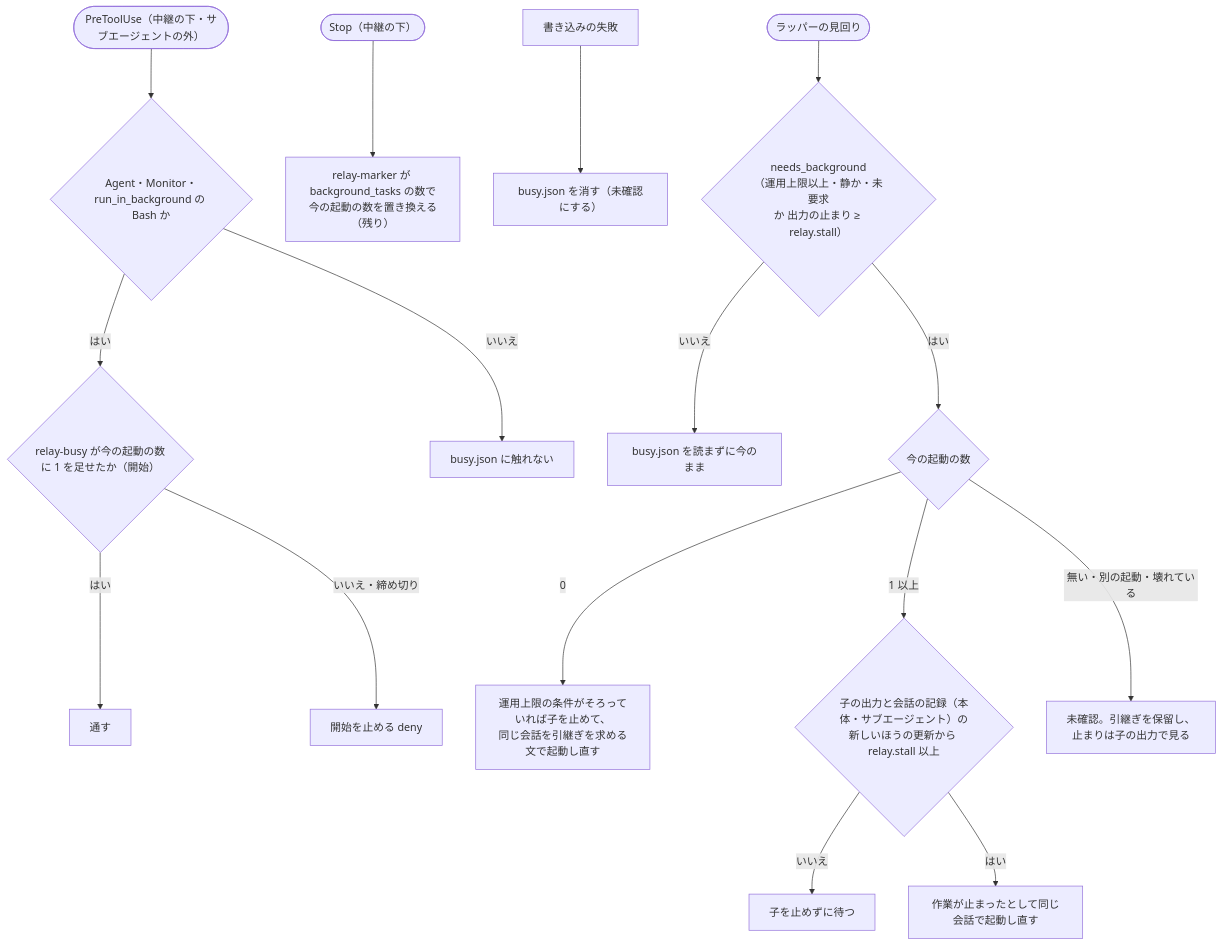
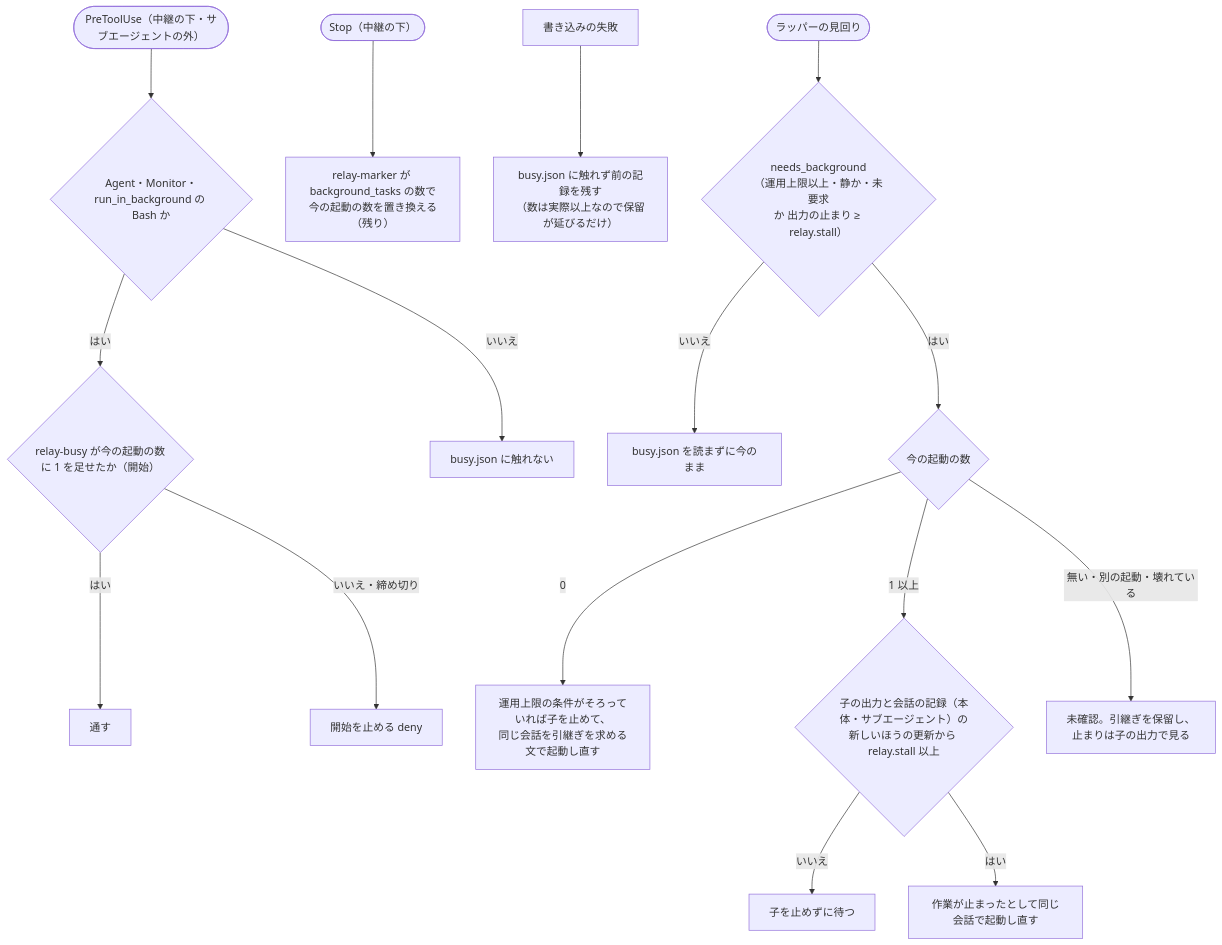
The fourth of 4 diagrams in issues/issue-3995-design.md (devbasex/ai-plugins), drawn with Mermaid before and after one commit. The commit also changed other lines of this file, not shown here.

Commit message:
Docs: 概要設計も busy.json の書き込みに失敗したらファイルを残し、開始の記録に失敗した呼び出しを止める形にそろえる（#3995 のクロスレビュー r5-6）

````diff
--- a/issues/issue-3995-design.md
+++ b/issues/issue-3995-design.md
@@ -120,18 +120,18 @@
 ```mermaid
 flowchart TD
   P([PreToolUse（中継の下・サブエージェントの外）]) --> P1{Agent・Monitor・<br>run_in_background の Bash か}
   P1 -- はい --> W0{relay-busy が今の起動の数に 1 を足せたか（開始）}
   W0 -- はい --> W0A[通す]
   W0 -- いいえ・締め切り --> W0B[開始を止める deny]
   P1 -- いいえ --> P2[busy.json に触れない]
   S([Stop（中継の下）]) --> W1[relay-marker が background_tasks の数で<br>今の起動の数を置き換える（残り）]
-  F[書き込みの失敗] --> W2[busy.json を消す（未確認にする）]
+  F[書き込みの失敗] --> W2[busy.json に触れず前の記録を残す<br>（数は実際以上なので保留が延びるだけ）]
   Q([ラッパーの見回り]) --> O{needs_background<br>（運用上限以上・静か・未要求<br>か 出力の止まり ≥ relay.stall）}
   O -- いいえ --> N[busy.json を読まずに今のまま]
   O -- はい --> BG{今の起動の数}
   BG -- 0 --> H[運用上限の条件がそろっていれば子を止めて、<br>同じ会話を引継ぎを求める文で起動し直す]
   BG -- 1 以上 --> A{子の出力と会話の記録（本体・サブエージェント）の<br>新しいほうの更新から relay.stall 以上}
   A -- いいえ --> WT[子を止めずに待つ]
   A -- はい --> R[作業が止まったとして同じ会話で起動し直す]
   BG -- 無い・別の起動・壊れている --> U[未確認。引継ぎを保留し、<br>止まりは子の出力で見る]
 ```
````
